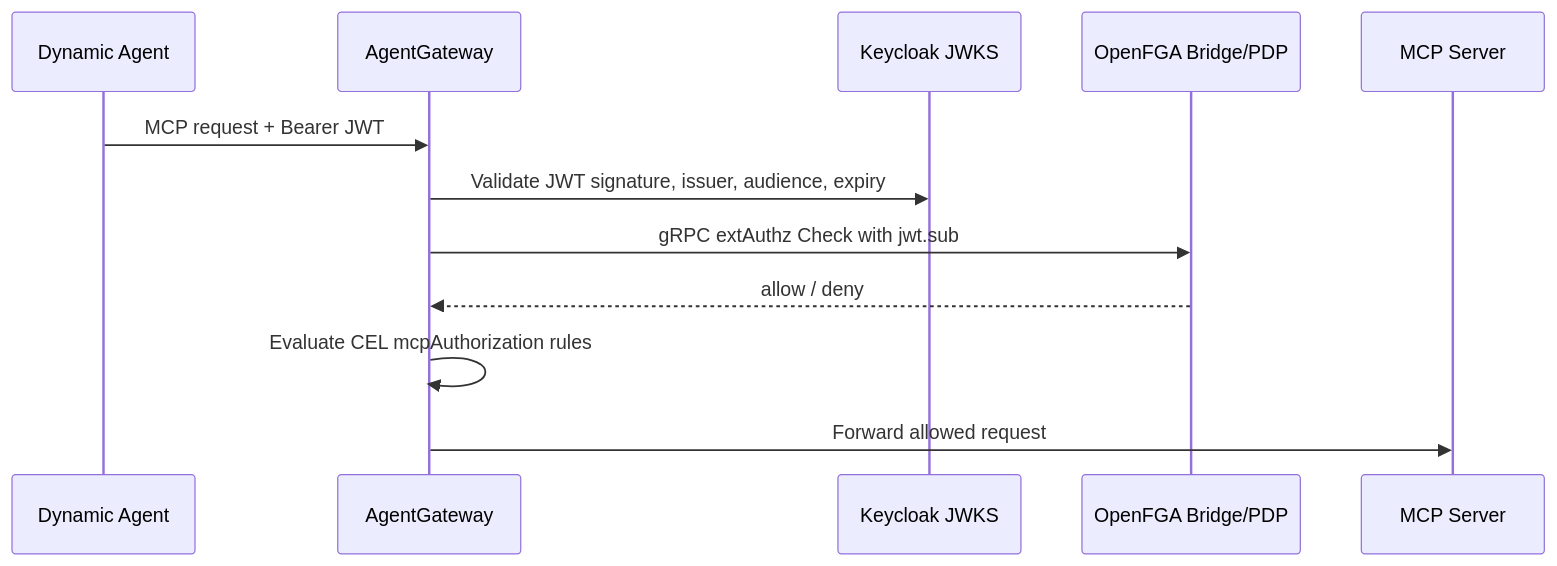
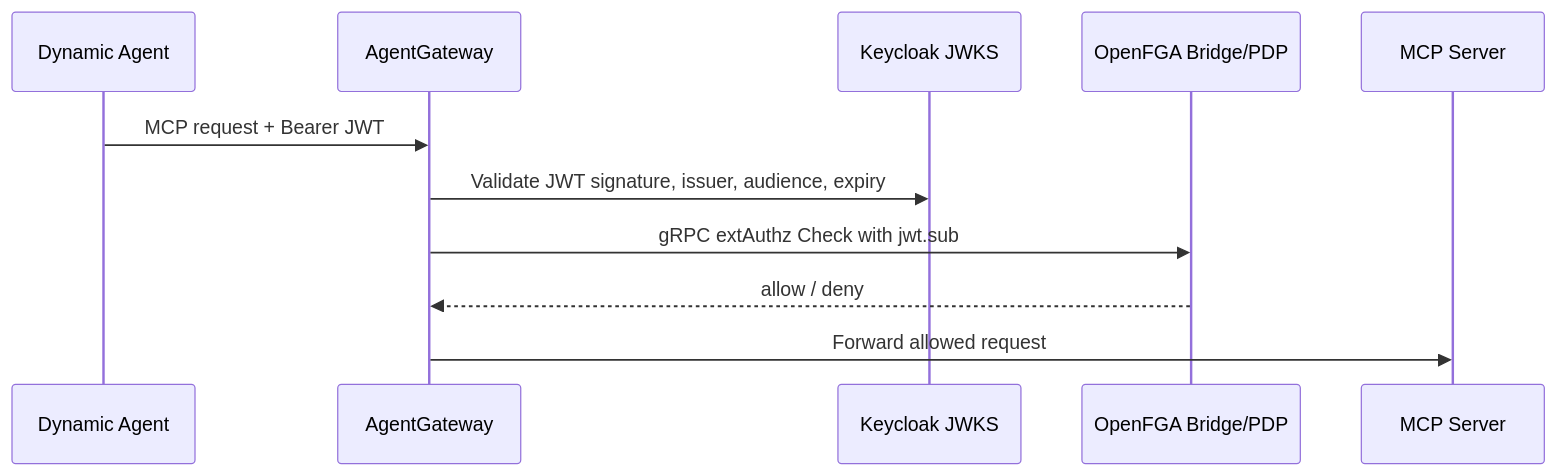
Before and after one commit to cnoe-io/ai-platform-engineering: the second of 4 diagrams in docs/docs/security/rbac/comprehensive-rbac-refactor.md, drawn with Mermaid. The commit also changed other lines of this file and 8 other files, not shown here.

````diff
--- a/docs/docs/security/rbac/comprehensive-rbac-refactor.md
+++ b/docs/docs/security/rbac/comprehensive-rbac-refactor.md
@@ -68,15 +68,14 @@
 ```mermaid
 sequenceDiagram
   participant DA as Dynamic Agent
   participant AGW as AgentGateway
   participant KC as Keycloak JWKS
   participant FGA as OpenFGA Bridge/PDP
   participant MCP as MCP Server
 
   DA->>AGW: MCP request + Bearer JWT
   AGW->>KC: Validate JWT signature, issuer, audience, expiry
   AGW->>FGA: gRPC extAuthz Check with jwt.sub
   FGA-->>AGW: allow / deny
-  AGW->>AGW: Evaluate CEL mcpAuthorization rules
   AGW->>MCP: Forward allowed request
 ```
````
